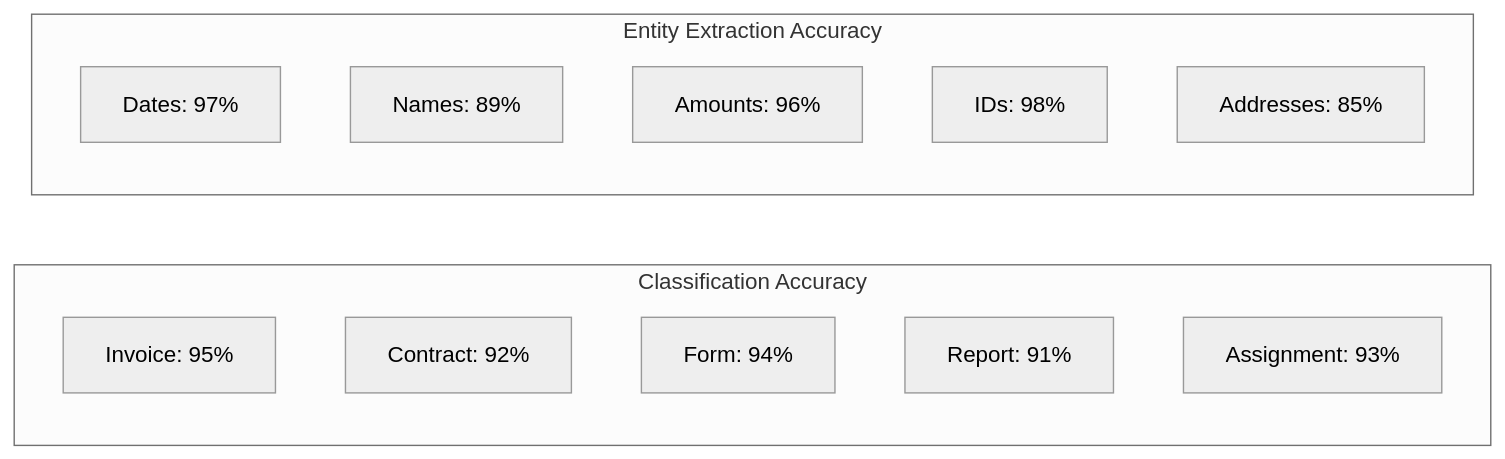
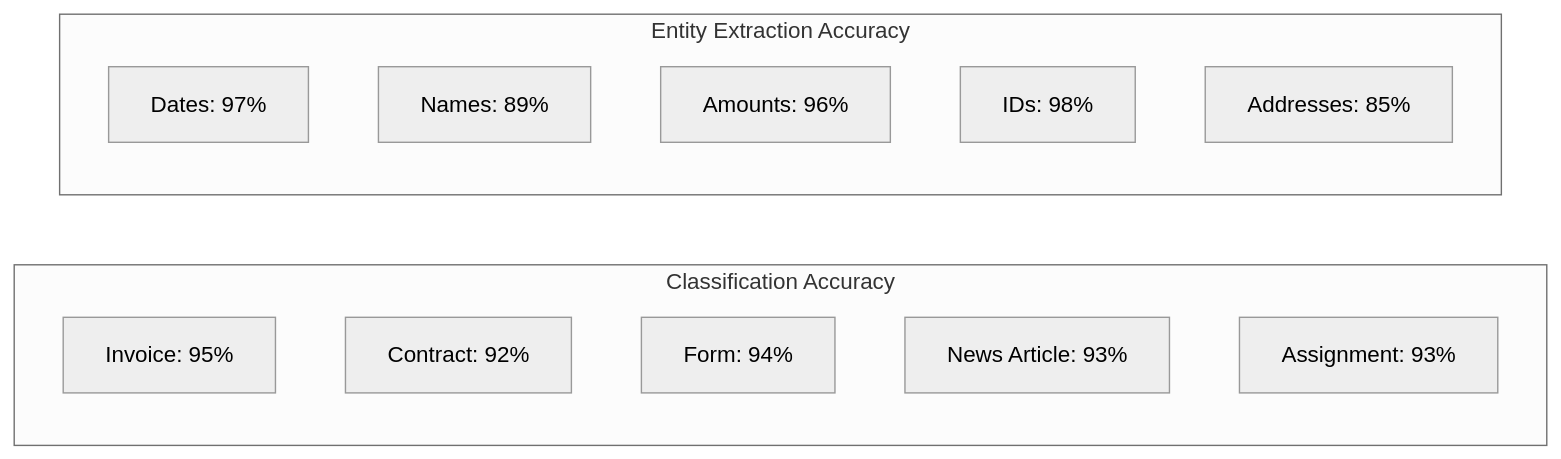
The fifth of 5 diagrams in README.md (JazzzFM/DocuMind), drawn with Mermaid (neutral theme) before and after one commit. The commit also changed other lines of this file and 5029 other files, not shown here.

````diff
--- a/README.md
+++ b/README.md
@@ -530,18 +831,18 @@
 ```mermaid
 graph LR
     subgraph "Classification Accuracy"
         A[Invoice: 95%]
         B[Contract: 92%]
         C[Form: 94%]
-        D[Report: 91%]
+        D[News Article: 93%]
         E[Assignment: 93%]
     end
     
     subgraph "Entity Extraction Accuracy"
         F[Dates: 97%]
         G[Names: 89%]
         H[Amounts: 96%]
         I[IDs: 98%]
         J[Addresses: 85%]
     end
 ```
````
